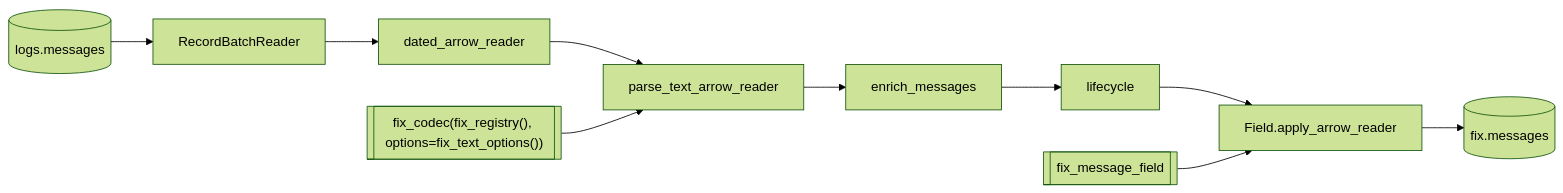
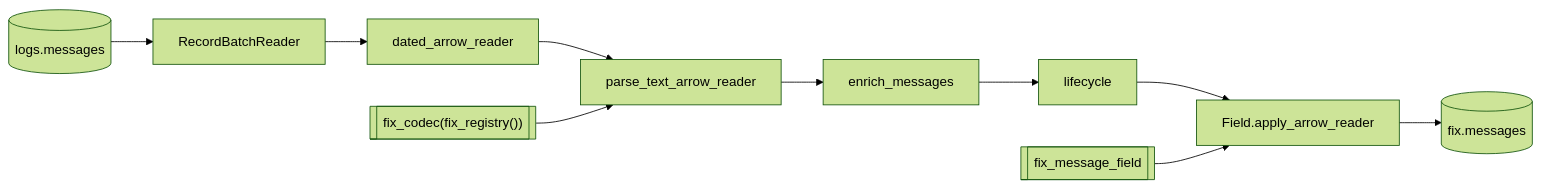
One commit to Platob/yggfin changed the diagram in docs/pipeline/tasks/parse-fix.md. Above: the diagram before and after it, drawn with Mermaid (forest theme). The commit also changed other lines of this file and 11 other files, not shown here.

````diff
--- a/docs/pipeline/tasks/parse-fix.md
+++ b/docs/pipeline/tasks/parse-fix.md
@@ -75,12 +75,12 @@
 ```mermaid
 flowchart LR
     M[("logs.messages")] --> R["RecordBatchReader"]
     R --> T["dated_arrow_reader"]
     T --> P["parse_text_arrow_reader"]
-    D[["fix_codec(fix_registry(), options=fix_text_options())"]] --> P
+    D[["fix_codec(fix_registry())"]] --> P
     P --> E["enrich_messages"]
     E --> L["lifecycle"]
     L --> A["Field.apply_arrow_reader"]
     N[["fix_message_field"]] --> A
     A --> F[("fix.messages")]
 ```
````
